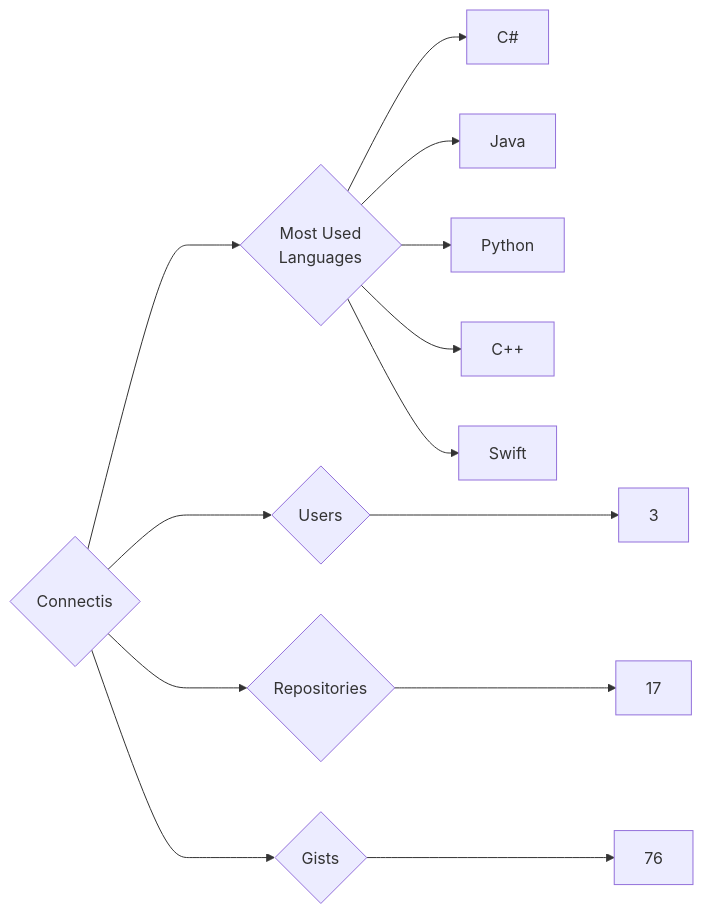
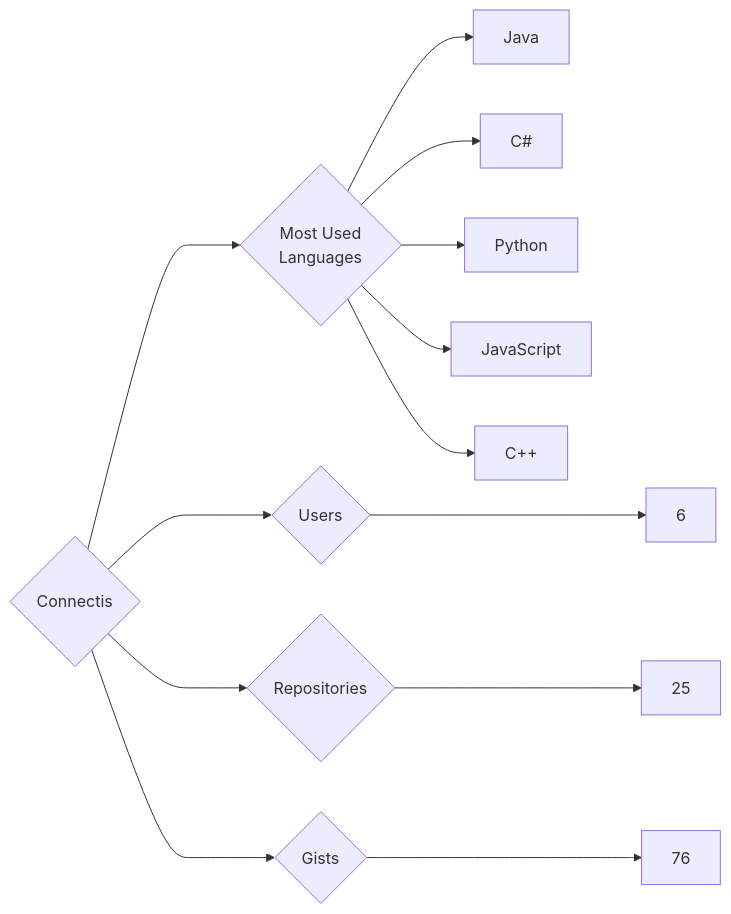
The diagram in targets/Connectis/README.md (trickest/insiders), drawn with Mermaid before and after one commit. The commit also changed 1149 other files, not shown here.

````diff
--- a/targets/Connectis/README.md
+++ b/targets/Connectis/README.md
@@ -3,13 +3,13 @@
 ```mermaid
 graph LR
 COMPANY_NAME{Connectis}
-COMPANY_NAME ---> U{Users} ---> UN[3]
-COMPANY_NAME ---> R{Repositories} ---> RN[17]
+COMPANY_NAME ---> U{Users} ---> UN[6]
+COMPANY_NAME ---> R{Repositories} ---> RN[25]
 COMPANY_NAME ---> G{Gists} ---> GN[76]
 COMPANY_NAME ---> ML{Most Used<br>Languages}
+ML --> Java[Java]
 ML --> C#[C#]
-ML --> Java[Java]
 ML --> Python[Python]
+ML --> JavaScript[JavaScript]
 ML --> C++[C++]
-ML --> Swift[Swift]
 ```
````
